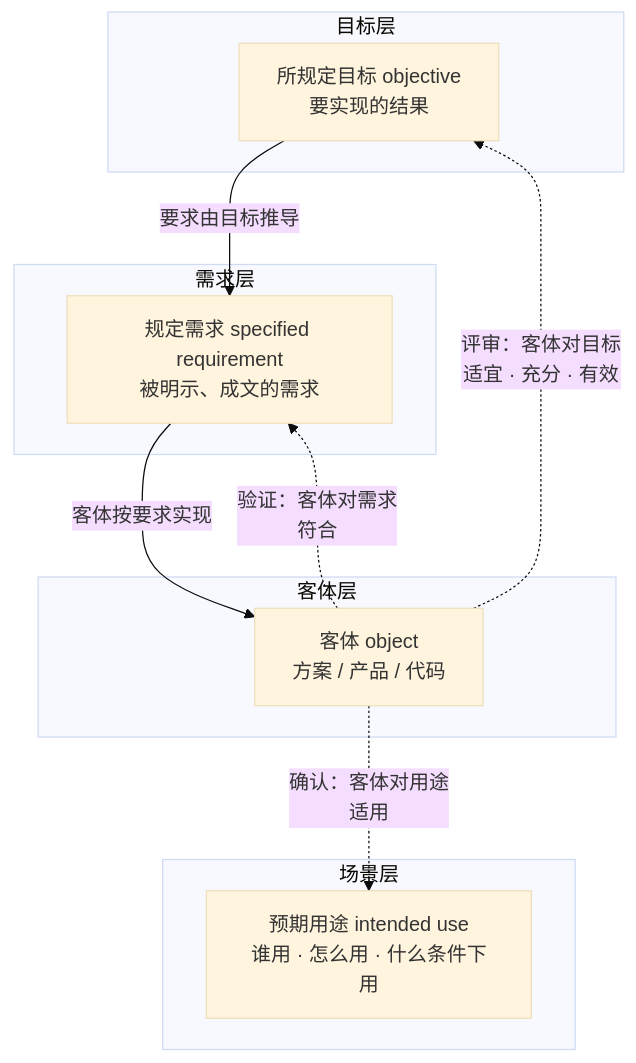
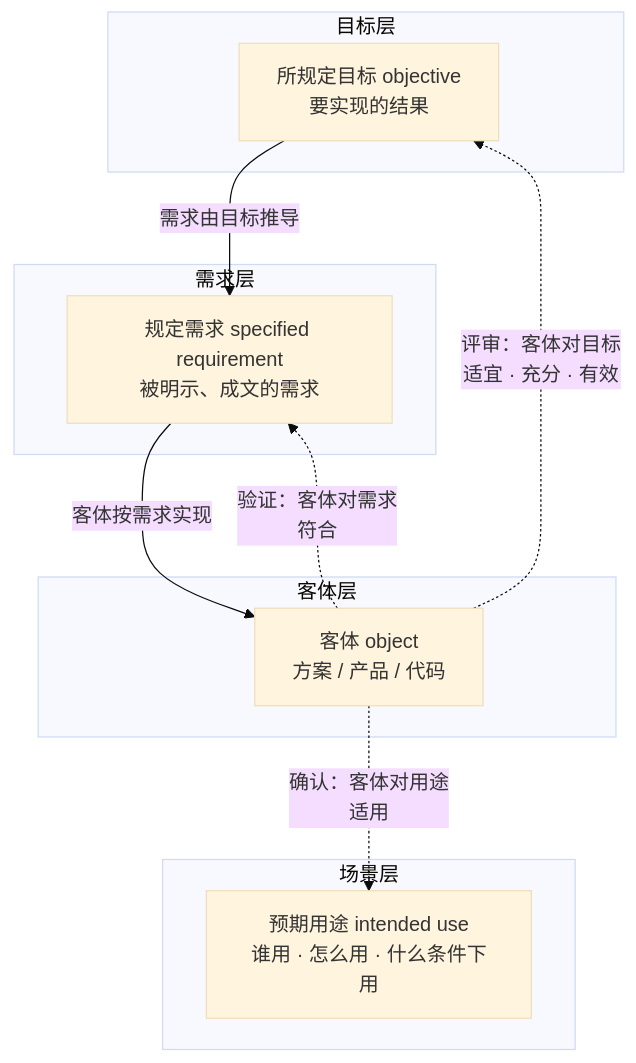
One commit to Yongjunzhou/AOS-system-design changed the first of 4 diagrams in 50-research/教材书/08-第8章-评审验证与确认-三个看门人.md. Above: the diagram before and after it, drawn with Mermaid (base theme). The commit also changed other lines of this file and 90 other files, not shown here.

````diff
--- a/50-research/教材书/08-第8章-评审验证与确认-三个看门人.md
+++ b/50-research/教材书/08-第8章-评审验证与确认-三个看门人.md
@@ -111,20 +111,20 @@
 ```mermaid
 flowchart TB
     subgraph 目标层["目标层"]
         T["所规定目标 objective<br/>要实现的结果"]
     end
     subgraph 需求层["需求层"]
         R["规定需求 specified requirement<br/>被明示、成文的需求"]
     end
     subgraph 客体层["客体层"]
         O["客体 object<br/>方案 / 产品 / 代码"]
     end
     subgraph 场景层["场景层"]
         U["预期用途 intended use<br/>谁用 · 怎么用 · 什么条件下用"]
     end
-    T -->|"要求由目标推导"| R
-    R -->|"客体按要求实现"| O
+    T -->|"需求由目标推导"| R
+    R -->|"客体按需求实现"| O
     O -.->|"评审：客体对目标<br/>适宜 · 充分 · 有效"| T
     O -.->|"验证：客体对需求<br/>符合"| R
     O -.->|"确认：客体对用途<br/>适用"| U
 ```
````
